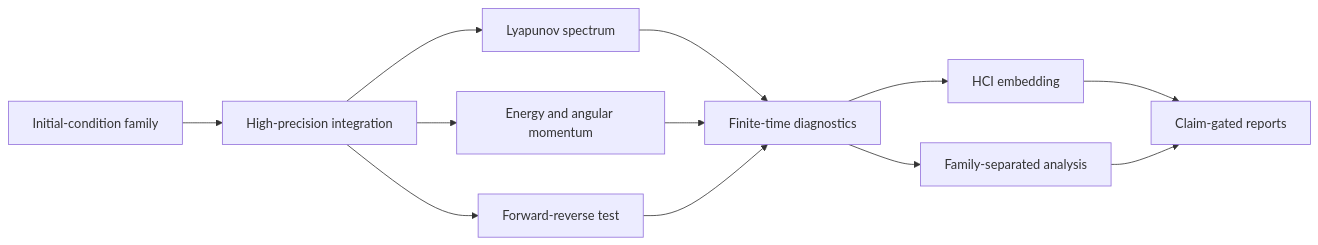
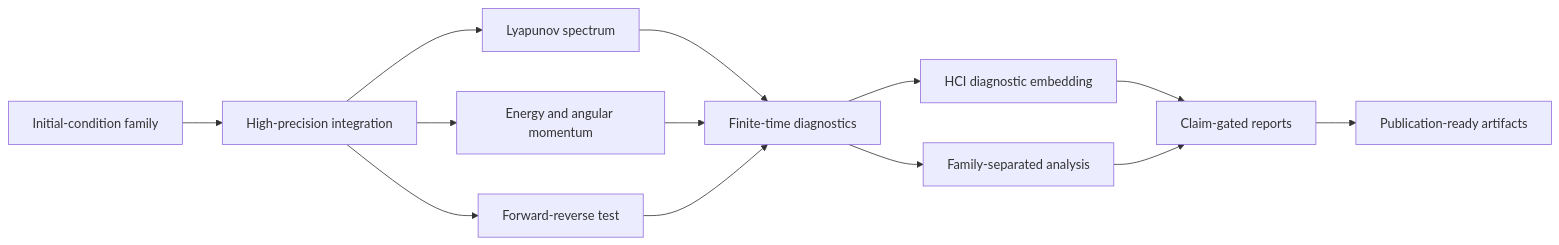
The diagram in README.md (Arihant-Bharanidharan/Three-Body-Chaos-Simulator-and-Analyzer), drawn with Mermaid before and after one commit. The commit also changed other lines of this file and 1 other file, not shown here.

````diff
--- a/README.md
+++ b/README.md
@@ -72,14 +68,15 @@
 ```mermaid
 flowchart LR
     A["Initial-condition family"] --> B["High-precision integration"]
     B --> C["Lyapunov spectrum"]
     B --> D["Energy and angular momentum"]
     B --> E["Forward-reverse test"]
     C --> F["Finite-time diagnostics"]
     D --> F
     E --> F
-    F --> G["HCI embedding"]
+    F --> G["HCI diagnostic embedding"]
     F --> H["Family-separated analysis"]
     G --> I["Claim-gated reports"]
     H --> I
+    I --> J["Publication-ready artifacts"]
 ```
````
